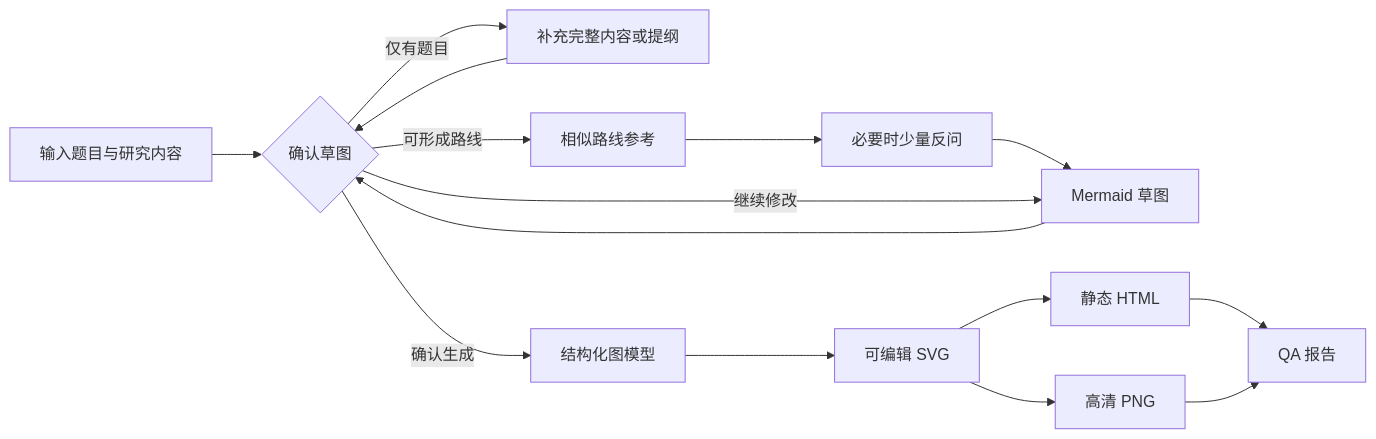
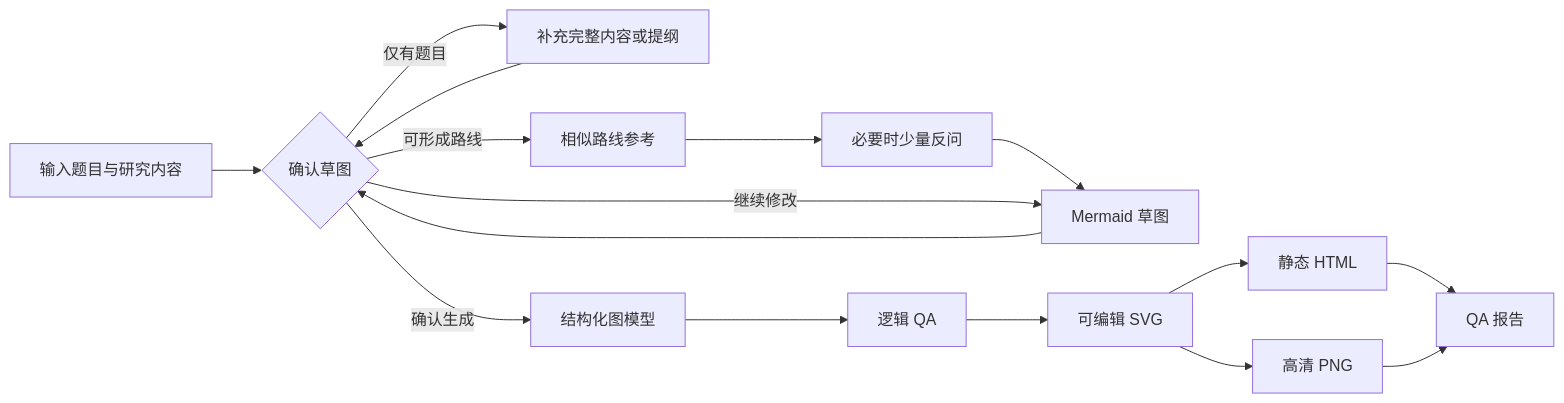
The diagram in README.md (yz20211314/research-route-map), drawn with Mermaid before and after one commit. The commit also changed other lines of this file and 19 other files, not shown here.

````diff
--- a/README.md
+++ b/README.md
@@ -34,17 +35,18 @@
 ```mermaid
 flowchart LR
   T["输入题目与研究内容"] --> C{"内容是否完整"}
   C -->|仅有题目| B["补充完整内容或提纲"]
   B --> C
   C -->|可形成路线| R["相似路线参考"]
   R --> Q["必要时少量反问"]
   Q --> D["Mermaid 草图"]
   D --> C{"确认草图"}
   C -->|继续修改| D
   C -->|确认生成| G["结构化图模型"]
-  G --> S["可编辑 SVG"]
+  G --> L["逻辑 QA"]
+  L --> S["可编辑 SVG"]
   S --> H["静态 HTML"]
   S --> P["高清 PNG"]
   H --> A["QA 报告"]
   P --> A
 ```
````
